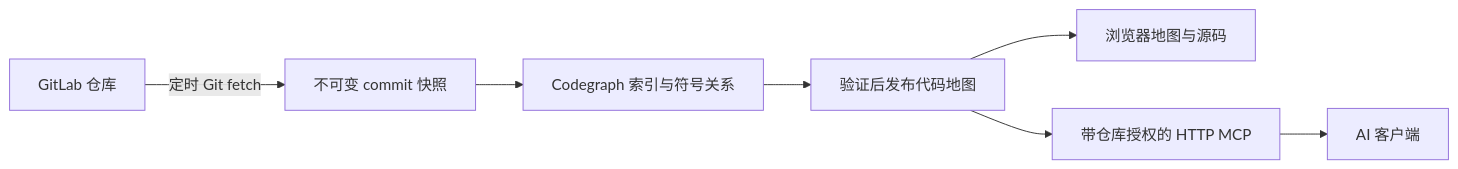
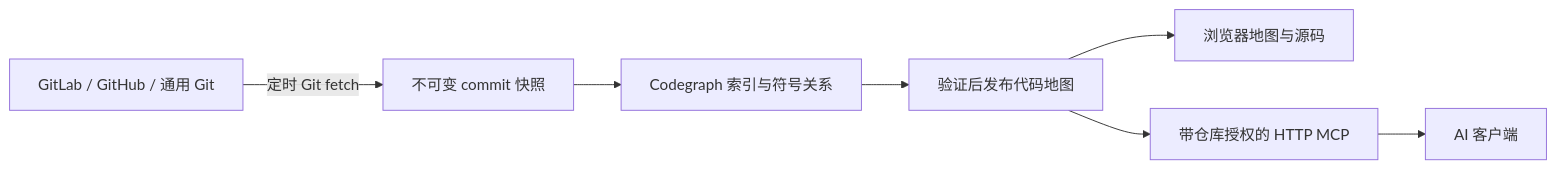
Before and after one commit to zzxCoding/repo-harbor: the diagram in README.md, drawn with Mermaid. The commit also changed other lines of this file and 42 other files, not shown here.

Commit message:
feat: support GitHub and generic Git with multiple connections

````diff
--- a/README.md
+++ b/README.md
@@ -25,9 +25,9 @@
 ```mermaid
 flowchart LR
-    G[GitLab 仓库] -->|定时 Git fetch| S[不可变 commit 快照]
+    G[GitLab / GitHub / 通用 Git] -->|定时 Git fetch| S[不可变 commit 快照]
     S --> C[Codegraph 索引与符号关系]
     C --> P[验证后发布代码地图]
     P --> W[浏览器地图与源码]
     P --> M[带仓库授权的 HTTP MCP]
     M --> A[AI 客户端]
 ```
````
